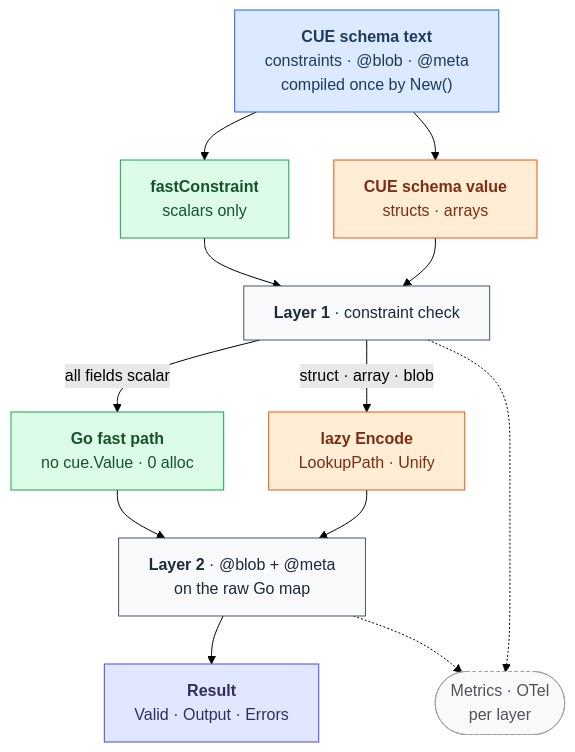
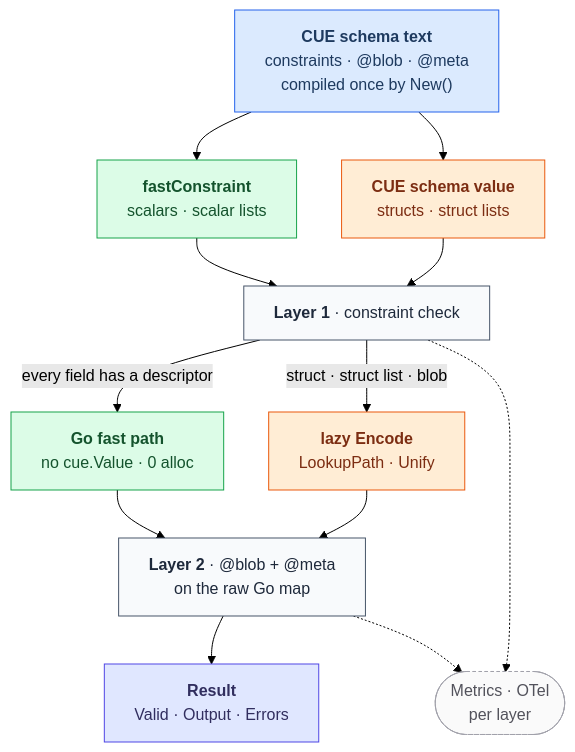
One commit to mredencom/schemix changed the diagram in README.md. Above: the diagram before and after it, drawn with Mermaid (forest theme). The commit also changed other lines of this file and 3 other files, not shown here.

````diff
--- a/README.md
+++ b/README.md
@@ -22,28 +22,28 @@
 ```mermaid
 %%{init: {'flowchart': {'wrappingWidth': 340, 'curve': 'basis', 'nodeSpacing': 45, 'rankSpacing': 48}}}%%
 graph TD
     SRC["<b>CUE schema text</b><br/>constraints · @blob · @meta<br/>compiled once by New()"]:::schema
 
-    SRC --> FAST["<b>fastConstraint</b><br/>scalars only"]:::fast
-    SRC --> CV["<b>CUE schema value</b><br/>structs · arrays"]:::slow
+    SRC --> FAST["<b>fastConstraint</b><br/>scalars · scalar lists"]:::fast
+    SRC --> CV["<b>CUE schema value</b><br/>structs · struct lists"]:::slow
 
     FAST --> L1["<b>Layer 1</b> · constraint check"]:::layer
     CV --> L1
 
-    L1 -->|all fields scalar| Z["<b>Go fast path</b><br/>no cue.Value · 0 alloc"]:::fast
-    L1 -->|struct · array · blob| E["<b>lazy Encode</b><br/>LookupPath · Unify"]:::slow
+    L1 -->|every field has a descriptor| Z["<b>Go fast path</b><br/>no cue.Value · 0 alloc"]:::fast
+    L1 -->|struct · struct list · blob| E["<b>lazy Encode</b><br/>LookupPath · Unify"]:::slow
 
     Z --> L2["<b>Layer 2</b> · @blob + @meta<br/>on the raw Go map"]:::layer
     E --> L2
 
     L2 --> R["<b>Result</b><br/>Valid · Output · Errors"]:::result
     L1 -.-> OBS(["Metrics · OTel<br/>per layer"]):::obs
     L2 -.-> OBS
 
     classDef schema fill:#dbeafe,stroke:#2563eb,color:#1e3a5f
     classDef fast fill:#dcfce7,stroke:#16a34a,color:#14532d
     classDef slow fill:#ffedd5,stroke:#ea580c,color:#7c2d12
     classDef layer fill:#f8fafc,stroke:#475569,color:#1e293b
     classDef result fill:#e0e7ff,stroke:#4f46e5,color:#312e5f
     classDef obs fill:#fafafa,stroke:#a1a1aa,stroke-dasharray:3 3,color:#52525b
 ```
````
